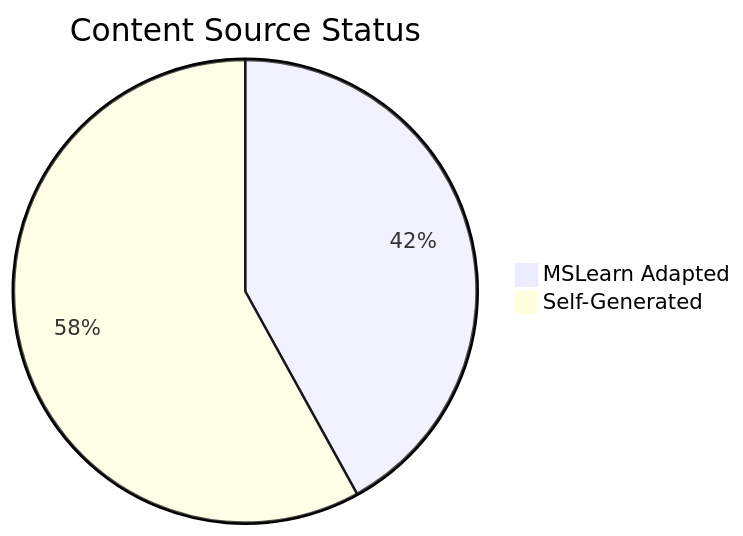
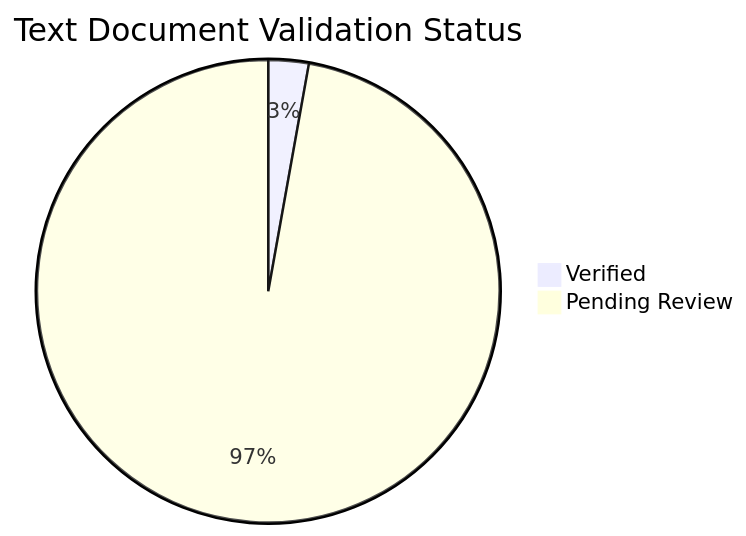
One commit to yeongseon/azure-networking-practical-guide changed the diagram in docs/reference/content-validation-status.md. Above: the diagram before and after it, drawn with Mermaid. The commit also changed other lines of this file and 80 other files, not shown here.

````diff
--- a/docs/reference/content-validation-status.md
+++ b/docs/reference/content-validation-status.md
@@ -33,5 +35,5 @@
 ```mermaid
-pie title Content Source Status
-    "MSLearn Adapted" : 34
-    "Self-Generated" : 47
+pie title Text Document Validation Status
+    "Verified" : 2
+    "Pending Review" : 69
 ```
````
